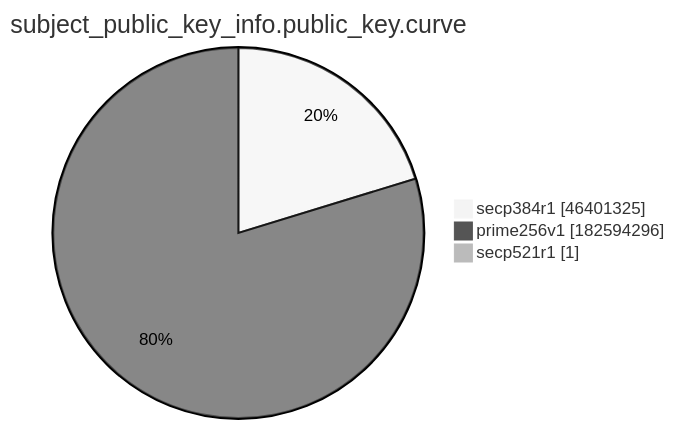
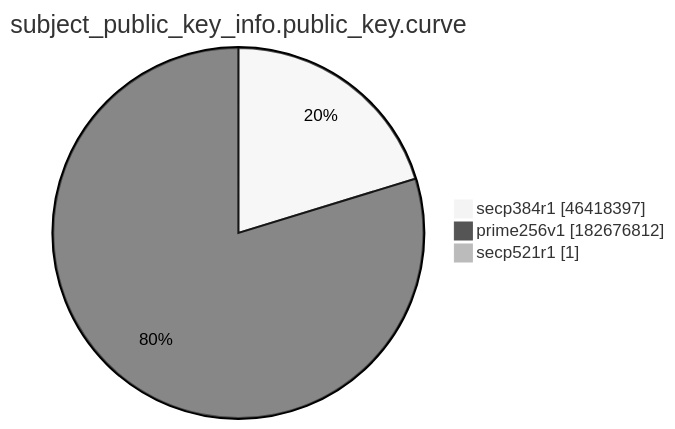
Before and after one commit to christiankrug/ctmonitor_visualization: the ninth of 15 diagrams in xenon2022/README.md, drawn with Mermaid (neutral theme). The commit also changed other lines of this file, not shown here.

````diff
--- a/xenon2022/README.md
+++ b/xenon2022/README.md
@@ -2874,7 +2874,7 @@
 ```mermaid
 pie showData
 title subject_public_key_info.public_key.curve
-"secp384r1" :46401325
-"prime256v1" :182594296
+"secp384r1" :46418397
+"prime256v1" :182676812
 "secp521r1" :1
 ```
````
